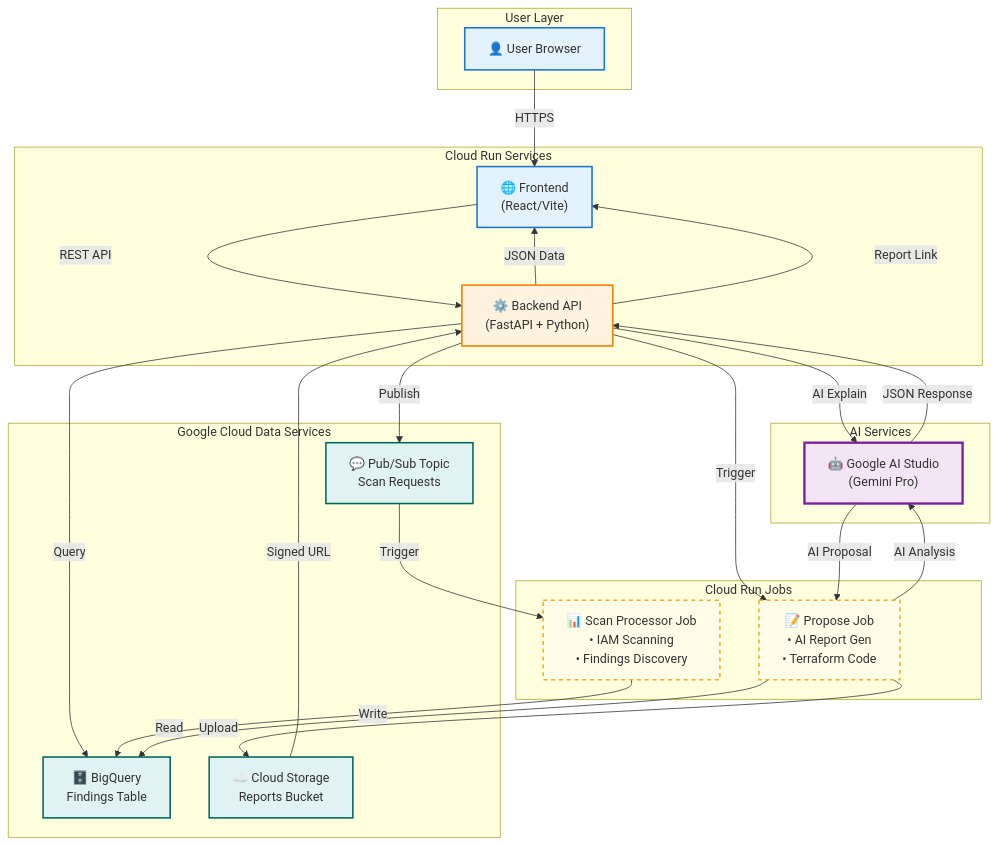
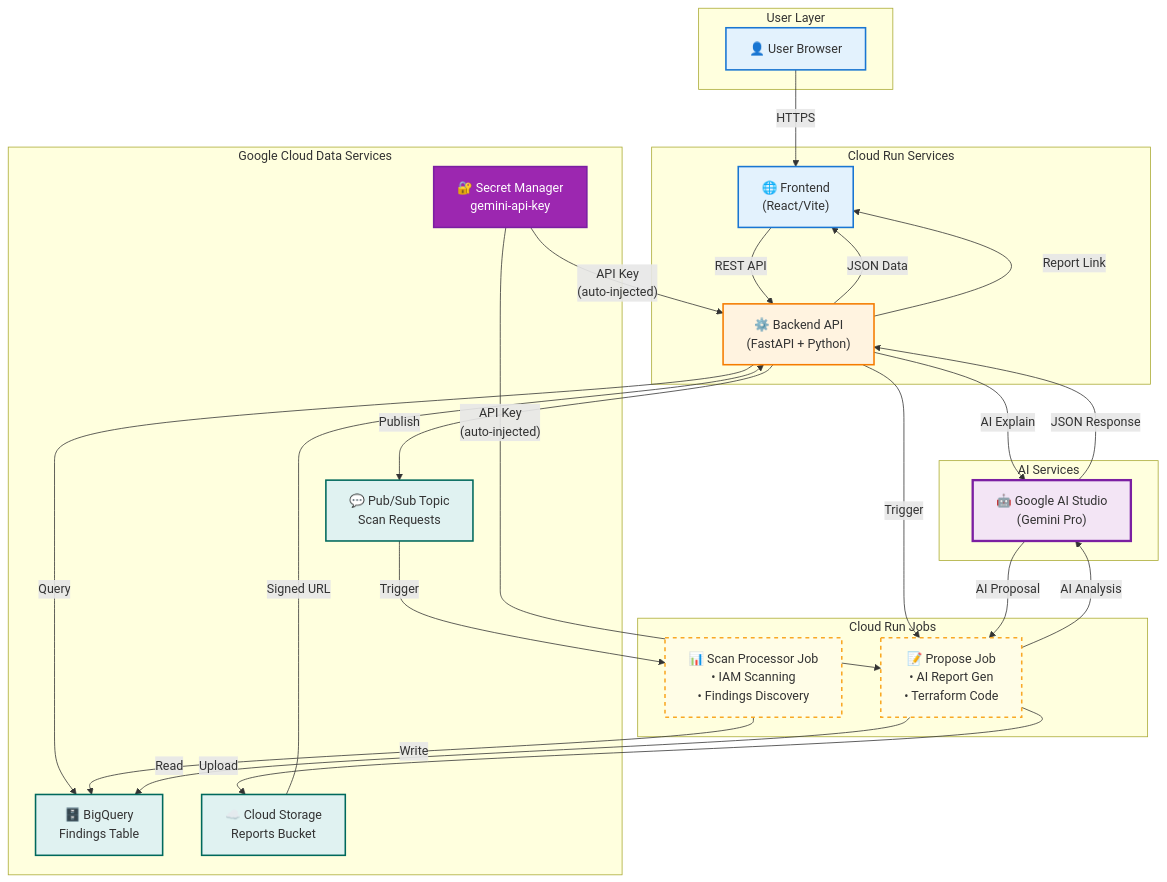
One commit to prabhakaran-jm/zero-trust-explainer changed the diagram in docs/architecture-diagram.mmd. Above: the diagram before and after it, drawn with Mermaid. The commit also changed 24 other files, not shown here.

```diff
--- a/docs/architecture-diagram.mmd
+++ b/docs/architecture-diagram.mmd
@@ -1,61 +1,68 @@
 graph TB
     subgraph "User Layer"
         User[👤 User Browser]
     end
 
     subgraph "Cloud Run Services"
         Frontend["🌐 Frontend<br/>(React/Vite)"]
         Backend["⚙️ Backend API<br/>(FastAPI + Python)"]
     end
 
     subgraph "AI Services"
         AI["🤖 Google AI Studio<br/>(Gemini Pro)"]
     end
 
     subgraph "Cloud Run Jobs"
         ScanJob["📊 Scan Processor Job<br/>• IAM Scanning<br/>• Findings Discovery"]
         ProposeJob["📝 Propose Job<br/>• AI Report Gen<br/>• Terraform Code"]
     end
 
     subgraph "Google Cloud Data Services"
         PubSub["💬 Pub/Sub Topic<br/>Scan Requests"]
         BigQuery["🗄️ BigQuery<br/>Findings Table"]
         GCS["☁️ Cloud Storage<br/>Reports Bucket"]
+        Secrets["🔐 Secret Manager<br/>gemini-api-key"]
     end
 
     %% User Flow
     User -->|HTTPS| Frontend
     Frontend -->|REST API| Backend
 
+    %% Secret Manager Flow
+    Secrets -->|"API Key<br/>(auto-injected)"| Backend
+    Secrets -->|"API Key<br/>(auto-injected)"| ProposeJob
+    
     %% AI Explain Flow
     Backend -->|"AI Explain"| AI
     AI -->|JSON Response| Backend
     Backend -->|Query| BigQuery
     Backend -->|JSON Data| Frontend
 
     %% Scan Workflow
     Backend -->|Publish| PubSub
     PubSub -->|Trigger| ScanJob
     ScanJob -->|Write| BigQuery
 
     %% Propose Workflow
     Backend -->|Trigger| ProposeJob
     ProposeJob -->|Read| BigQuery
     ProposeJob -->|AI Analysis| AI
     AI -->|AI Proposal| ProposeJob
     ProposeJob -->|Upload| GCS
     GCS -->|Signed URL| Backend
     Backend -->|Report Link| Frontend
 
     %% Styling
     classDef userLayer fill:#E3F2FD,stroke:#1976D2,stroke-width:2px
     classDef computeLayer fill:#FFF3E0,stroke:#F57C00,stroke-width:2px
     classDef aiLayer fill:#F3E5F5,stroke:#7B1FA2,stroke-width:3px
+    classDef secretLayer fill:#9C27B0,stroke:#7B1FA2,stroke-width:2px,color:#fff
     classDef dataLayer fill:#E0F2F1,stroke:#00695C,stroke-width:2px
     classDef jobLayer fill:#FFFDE7,stroke:#F9A825,stroke-width:2px,stroke-dasharray: 5 5
 
     class User,Frontend userLayer
     class Backend computeLayer
     class AI aiLayer
+    class Secrets secretLayer
     class PubSub,BigQuery,GCS dataLayer
     class ScanJob,ProposeJob jobLayer
```
